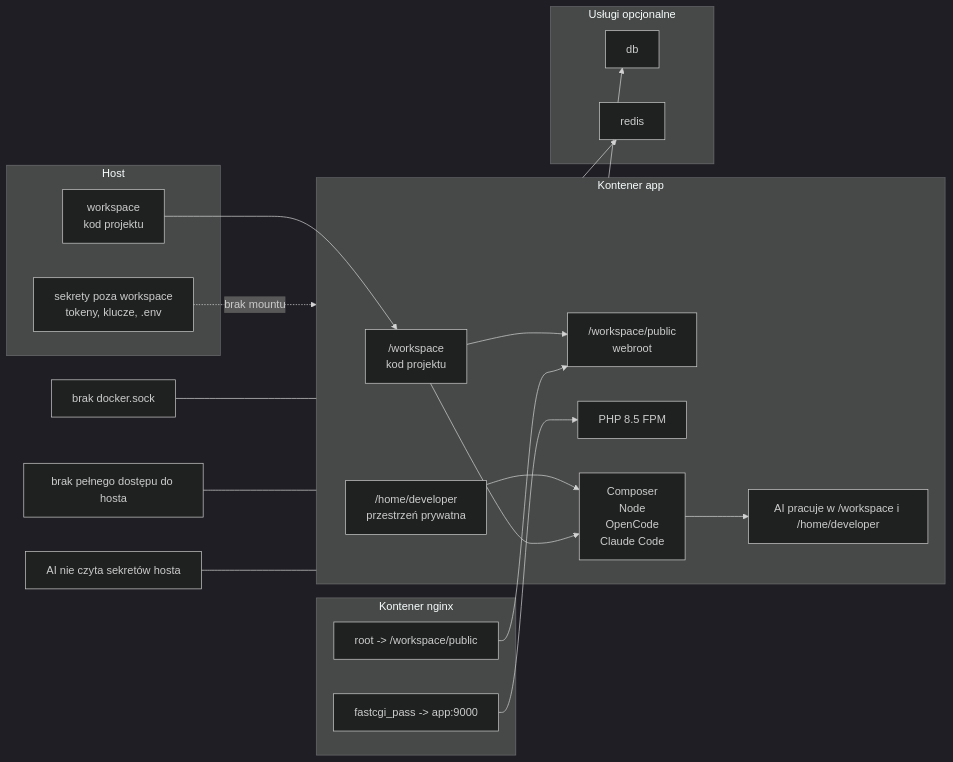
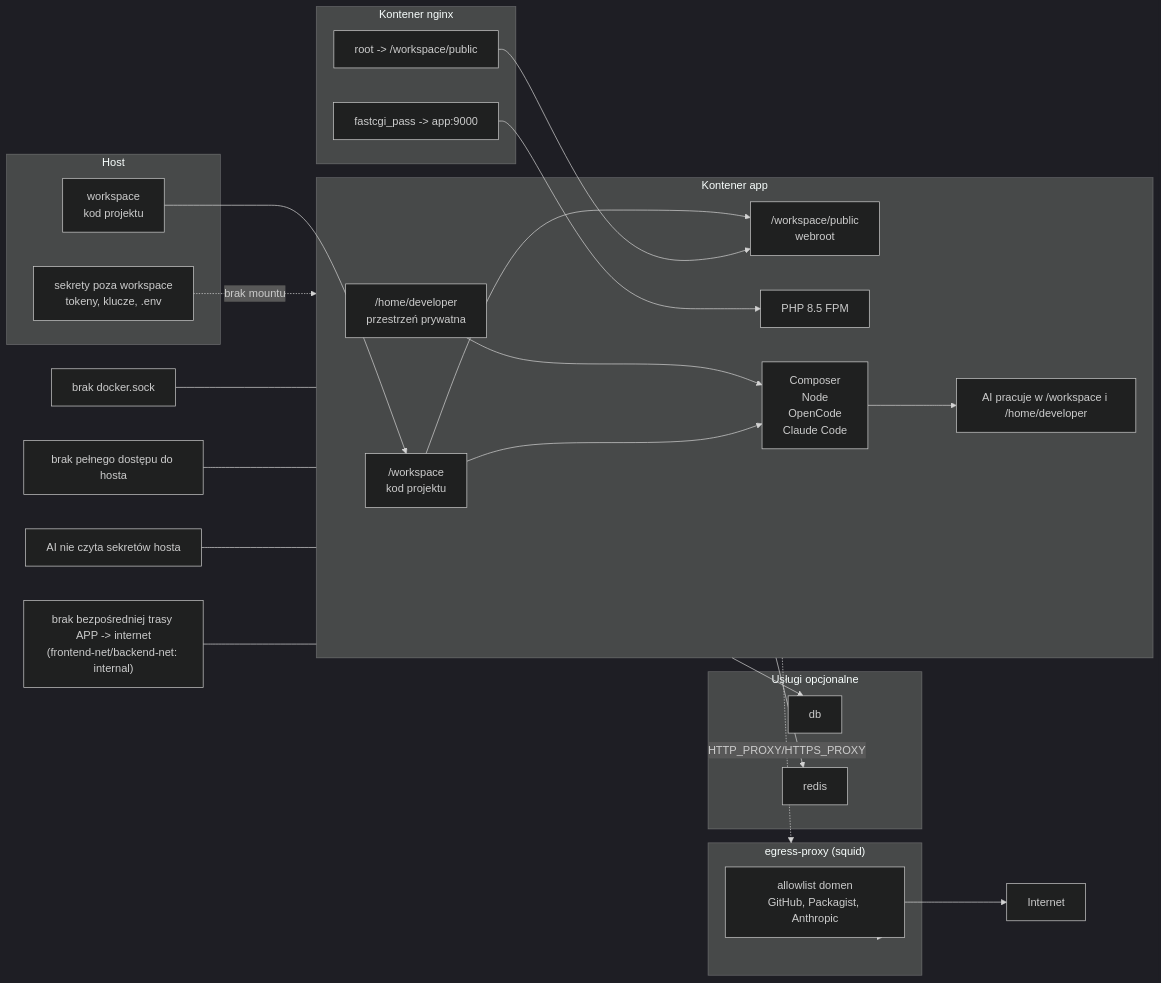
Before and after one commit to mafio69/php-devcontainer-starter: the diagram in docs/RULES_WORK_SPACE.md, drawn with Mermaid (dark theme). The commit also changed other lines of this file and 22 other files, not shown here.

````diff
--- a/docs/RULES_WORK_SPACE.md
+++ b/docs/RULES_WORK_SPACE.md
@@ -77,48 +104,60 @@
 ```mermaid
 flowchart LR
     subgraph HOST["Host"]
         P["workspace<br/>kod projektu"]
         S["sekrety poza workspace<br/>tokeny, klucze, .env"]
     end
 
     subgraph APP["Kontener app"]
         W["/workspace<br/>kod projektu"]
         PUB["/workspace/public<br/>webroot"]
         H["/home/developer<br/>przestrzeń prywatna"]
         PHP["PHP 8.5 FPM"]
         TOOLS["Composer<br/>Node<br/>OpenCode<br/>Claude Code"]
         AI["AI pracuje w /workspace i /home/developer"]
     end
 
     subgraph NGINX["Kontener nginx"]
         N1["root -> /workspace/public"]
         N2["fastcgi_pass -> app:9000"]
     end
 
     subgraph EXTRA["Usługi opcjonalne"]
         DB["db"]
         REDIS["redis"]
     end
 
+    subgraph EGRESS["egress-proxy (squid)"]
+        ALLOW["allowlist domen<br/>GitHub, Packagist, Anthropic"]
+    end
+
+    INTERNET["Internet"]
+
     P --> W
     W --> PUB
     H --> TOOLS
     W --> TOOLS
     TOOLS --> AI
 
     N1 --> PUB
     N2 --> PHP
 
     APP --> DB
     APP --> REDIS
 
+    APP -. "HTTP_PROXY/HTTPS_PROXY" .-> EGRESS
+    EGRESS --> ALLOW
+    ALLOW --> INTERNET
+
     S -. "brak mountu" .-> APP
 
     X1["brak docker.sock"]
     X2["brak pełnego dostępu do hosta"]
     X3["AI nie czyta sekretów hosta"]
+    X4["brak bezpośredniej trasy APP -> internet<br/>(frontend-net/backend-net: internal)"]
 
     X1 --- APP
     X2 --- APP
     X3 --- APP
+    X4 --- APP
 ```
````
